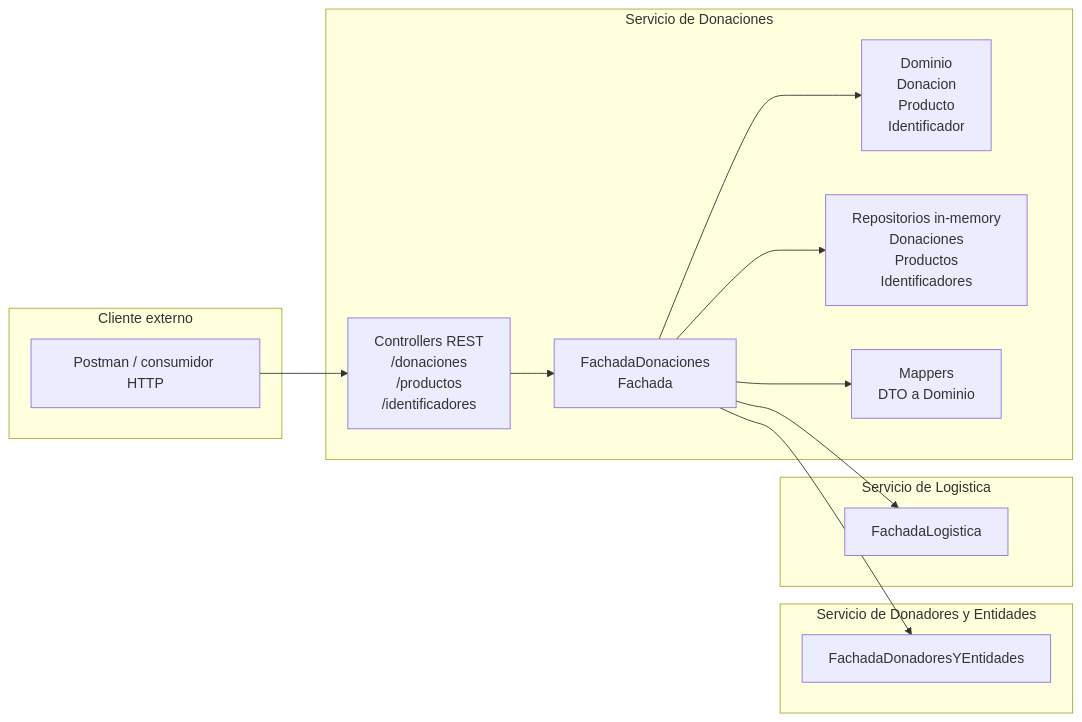
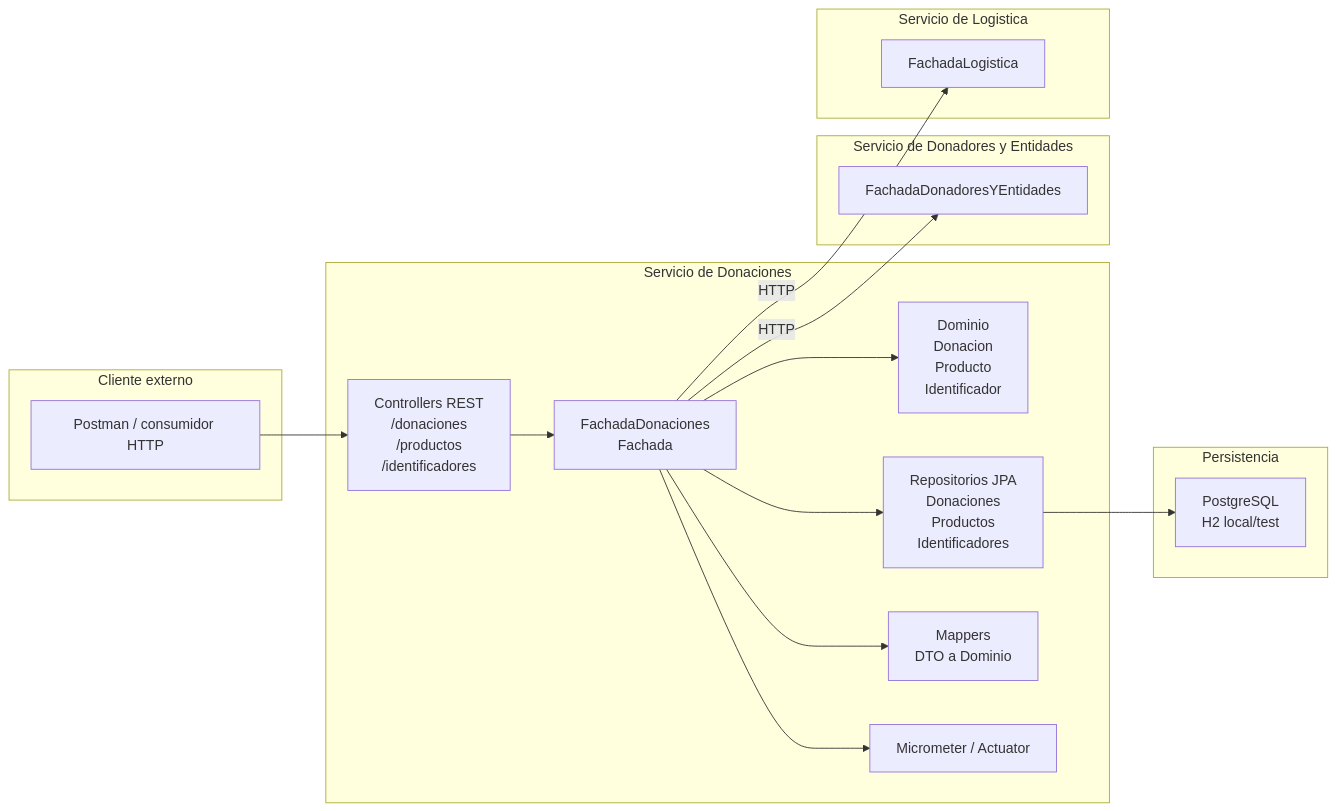
One commit to 2026-ddsi-tpa-diseno-en-beta/donaciones changed the first of 2 diagrams in docs/arquitectura.md. Above: the diagram before and after it, drawn with Mermaid. The commit also changed other lines of this file and 30 other files, not shown here.

Commit message:
Implementa persistencia e integracion de donaciones

````diff
--- a/docs/arquitectura.md
+++ b/docs/arquitectura.md
@@ -9,30 +9,37 @@
 ```mermaid
 flowchart LR
   subgraph Cliente["Cliente externo"]
     Postman["Postman / consumidor HTTP"]
   end
 
   subgraph Donaciones["Servicio de Donaciones"]
     Controllers["Controllers REST\n/donaciones\n/productos\n/identificadores"]
     Fachada["FachadaDonaciones\nFachada"]
     Dominio["Dominio\nDonacion\nProducto\nIdentificador"]
-    Repos["Repositorios in-memory\nDonaciones\nProductos\nIdentificadores"]
+    Repos["Repositorios JPA\nDonaciones\nProductos\nIdentificadores"]
     Mappers["Mappers\nDTO a Dominio"]
+    Metrics["Micrometer / Actuator"]
+  end
+
+  subgraph Persistencia["Persistencia"]
+    DB["PostgreSQL\nH2 local/test"]
   end
 
   subgraph Donadores["Servicio de Donadores y Entidades"]
     FDE["FachadaDonadoresYEntidades"]
   end
 
   subgraph Logistica["Servicio de Logistica"]
     FL["FachadaLogistica"]
   end
 
   Postman --> Controllers
   Controllers --> Fachada
   Fachada --> Dominio
   Fachada --> Repos
   Fachada --> Mappers
-  Fachada --> FDE
-  Fachada --> FL
+  Fachada --> Metrics
+  Repos --> DB
+  Fachada -->|HTTP| FDE
+  Fachada -->|HTTP| FL
 ```
````
